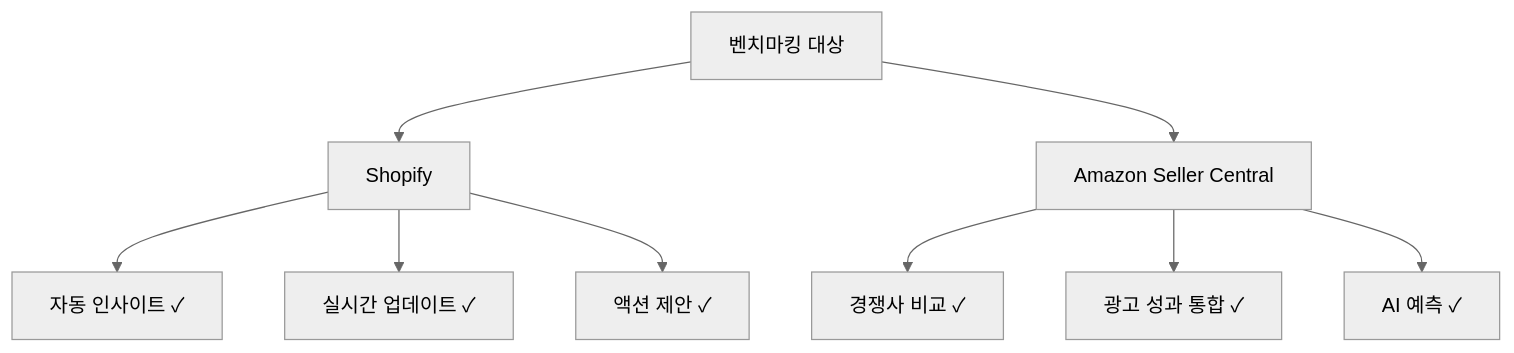
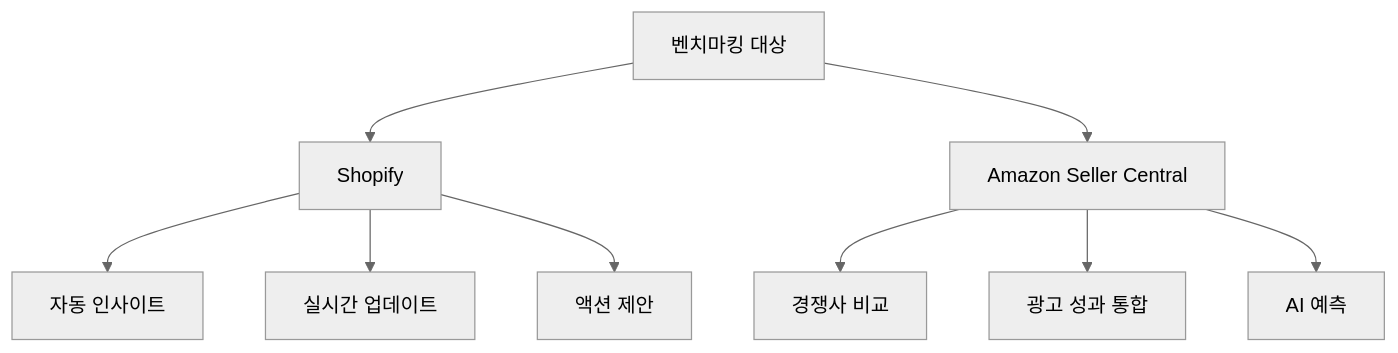
The second of 2 diagrams in .claude/skills/benchmarking/SKILL.md (jyjung-mp/mp-proreport), drawn with Mermaid (neutral theme) before and after one commit. The commit also changed other lines of this file and 3 other files, not shown here.

````diff
--- a/.claude/skills/benchmarking/SKILL.md
+++ b/.claude/skills/benchmarking/SKILL.md
@@ -166,13 +167,13 @@
 ```mermaid
 graph TD
     A[벤치마킹 대상] --> B[Shopify]
     A --> C[Amazon Seller Central]
 
-    B --> B1[자동 인사이트 ✓]
-    B --> B2[실시간 업데이트 ✓]
-    B --> B3[액션 제안 ✓]
+    B --> B1[자동 인사이트]
+    B --> B2[실시간 업데이트]
+    B --> B3[액션 제안]
 
-    C --> C1[경쟁사 비교 ✓]
-    C --> C2[광고 성과 통합 ✓]
-    C --> C3[AI 예측 ✓]
+    C --> C1[경쟁사 비교]
+    C --> C2[광고 성과 통합]
+    C --> C3[AI 예측]
 ```
````
